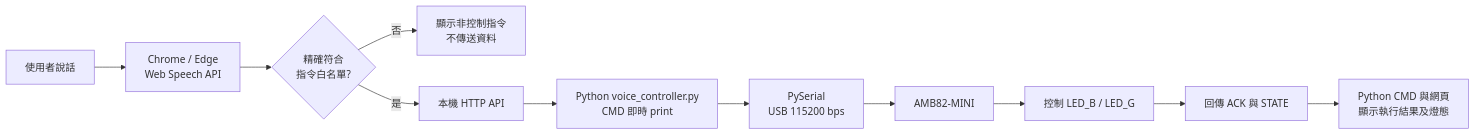
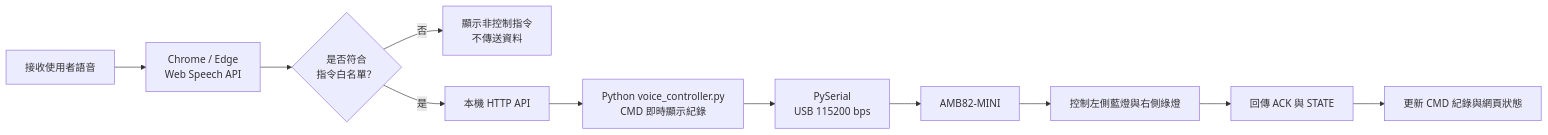
One commit to LiouCharlie/Ameba changed the diagram in README.md. Above: the diagram before and after it, drawn with Mermaid. The commit also changed other lines of this file, not shown here.

````diff
--- a/README.md
+++ b/README.md
@@ -17,13 +21,13 @@
 ```mermaid
 flowchart LR
-    A[使用者說話] --> B[Chrome / Edge<br>Web Speech API]
-    B --> C{精確符合<br>指令白名單?}
-    C -- 否 --> D[顯示非控制指令<br>不傳送資料]
+    A[接收使用者語音] --> B[Chrome / Edge<br/>Web Speech API]
+    B --> C{是否符合<br/>指令白名單？}
+    C -- 否 --> D[顯示非控制指令<br/>不傳送資料]
     C -- 是 --> E[本機 HTTP API]
-    E --> F[Python voice_controller.py<br>CMD 即時 print]
-    F --> G[PySerial<br>USB 115200 bps]
+    E --> F[Python voice_controller.py<br/>CMD 即時顯示紀錄]
+    F --> G[PySerial<br/>USB 115200 bps]
     G --> H[AMB82-MINI]
-    H --> I[控制 LED_B / LED_G]
+    H --> I[控制左側藍燈與右側綠燈]
     I --> J[回傳 ACK 與 STATE]
-    J --> K[Python CMD 與網頁<br>顯示執行結果及燈態]
+    J --> K[更新 CMD 紀錄與網頁狀態]
 ```
````
